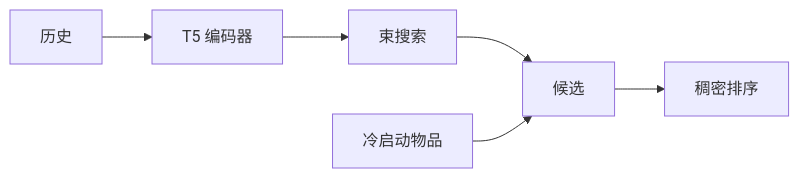
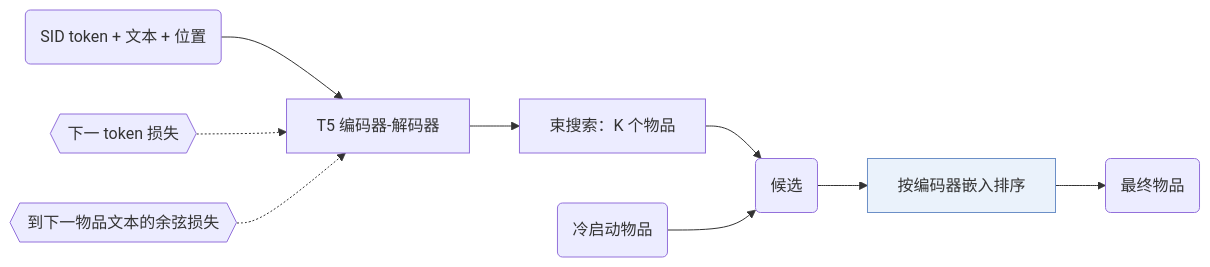
The diagram in notes/zh/liger.md (Galaxy-ghost/Awesome-SID-Generative-Rec), drawn with Mermaid before and after one commit. The commit also changed 521 other files, not shown here.

Commit message:
writer-04 part 3: algorithm diagrams with shared shape conventions, README hero and paper cards, archive removed

````diff
--- a/notes/zh/liger.md
+++ b/notes/zh/liger.md
@@ -13,8 +13,12 @@
 ```mermaid
 flowchart LR
-    A[历史] --> B[T5 编码器]
-    B --> C[束搜索]
-    C --> D[候选]
-    E[冷启动物品] --> D
-    D --> F[稠密排序]
+    A("SID token + 文本 + 位置") --> B["T5 编码器-解码器"]
+    L1{{"下一 token 损失"}} -.-> B
+    L2{{"到下一物品文本的余弦损失"}} -.-> B
+    B --> D["束搜索：K 个物品"]
+    D --> E("候选")
+    F("冷启动物品") --> E
+    E --> G["按编码器嵌入排序"]:::key
+    G --> H("最终物品")
+    classDef key fill:#eaf2fb,stroke:#6b8fc7
 ```
````
